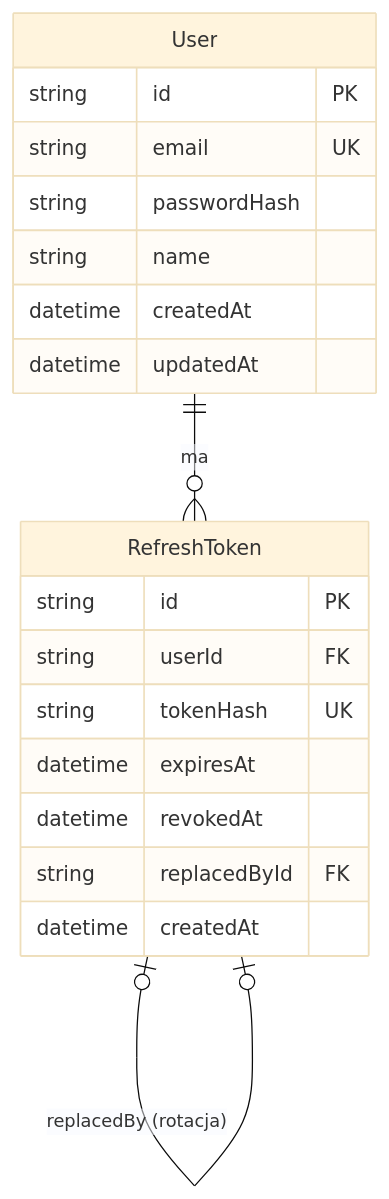
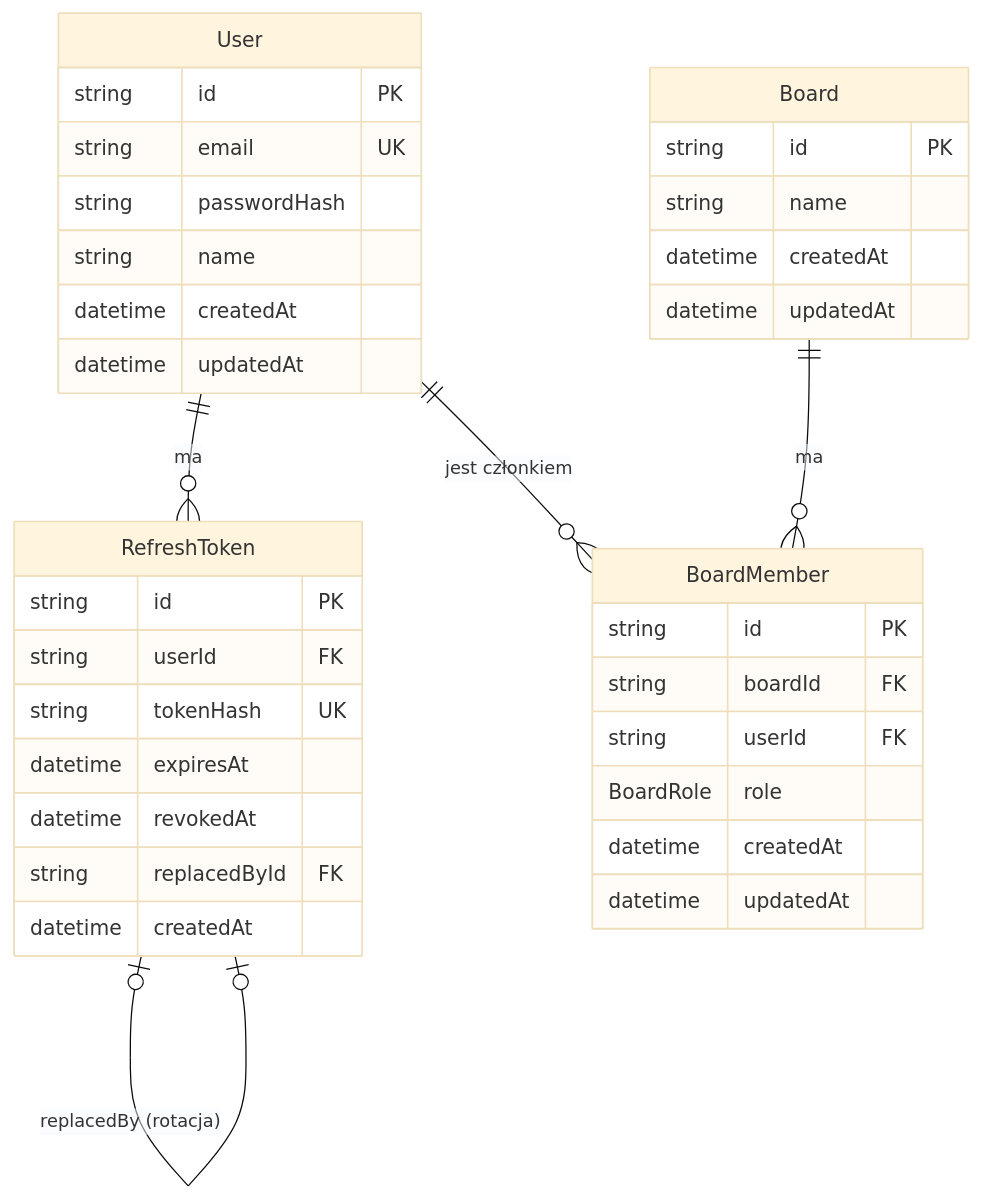
The diagram in docs/DATABASE.md (Zionert/streamline-ai), drawn with Mermaid (base theme) before and after one commit. The commit also changed other lines of this file and 10 other files, not shown here.

````diff
--- a/docs/DATABASE.md
+++ b/docs/DATABASE.md
@@ -6,22 +6,38 @@
 ```mermaid
 erDiagram
   User ||--o{ RefreshToken : "ma"
   RefreshToken |o--o| RefreshToken : "replacedBy (rotacja)"
+  User ||--o{ BoardMember : "jest członkiem"
+  Board ||--o{ BoardMember : "ma"
   User {
     string id PK
     string email UK
     string passwordHash
     string name
     datetime createdAt
     datetime updatedAt
   }
   RefreshToken {
     string id PK
     string userId FK
     string tokenHash UK
     datetime expiresAt
     datetime revokedAt
     string replacedById FK
     datetime createdAt
   }
+  Board {
+    string id PK
+    string name
+    datetime createdAt
+    datetime updatedAt
+  }
+  BoardMember {
+    string id PK
+    string boardId FK
+    string userId FK
+    BoardRole role
+    datetime createdAt
+    datetime updatedAt
+  }
 ```
````
